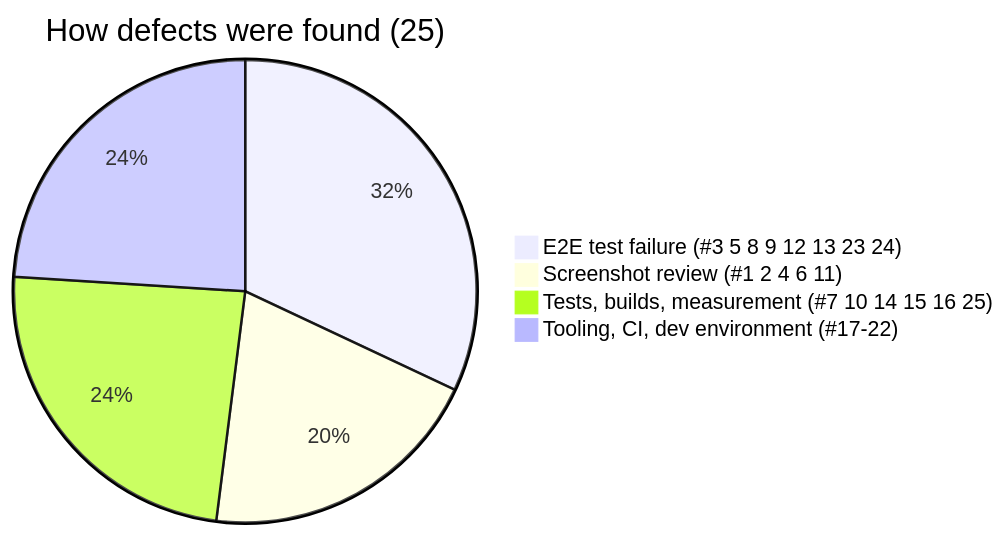
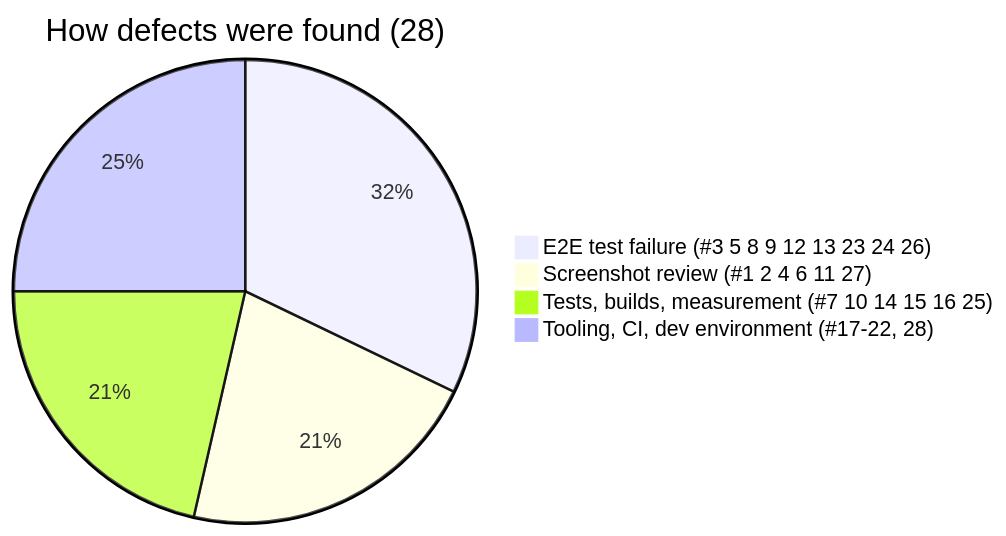
One commit to muradkhan995/jobconnect changed the diagram in docs/08-testing/05-defect-log.md. Above: the diagram before and after it, drawn with Mermaid. The commit also changed other lines of this file and 105 other files, not shown here.

````diff
--- a/docs/08-testing/05-defect-log.md
+++ b/docs/08-testing/05-defect-log.md
@@ -11,7 +11,7 @@
 ```mermaid
-pie title How defects were found (25)
-  "E2E test failure (#3 5 8 9 12 13 23 24)" : 8
-  "Screenshot review (#1 2 4 6 11)" : 5
+pie title How defects were found (28)
+  "E2E test failure (#3 5 8 9 12 13 23 24 26)" : 9
+  "Screenshot review (#1 2 4 6 11 27)" : 6
   "Tests, builds, measurement (#7 10 14 15 16 25)" : 6
-  "Tooling, CI, dev environment (#17-22)" : 6
+  "Tooling, CI, dev environment (#17-22, 28)" : 7
 ```
````
